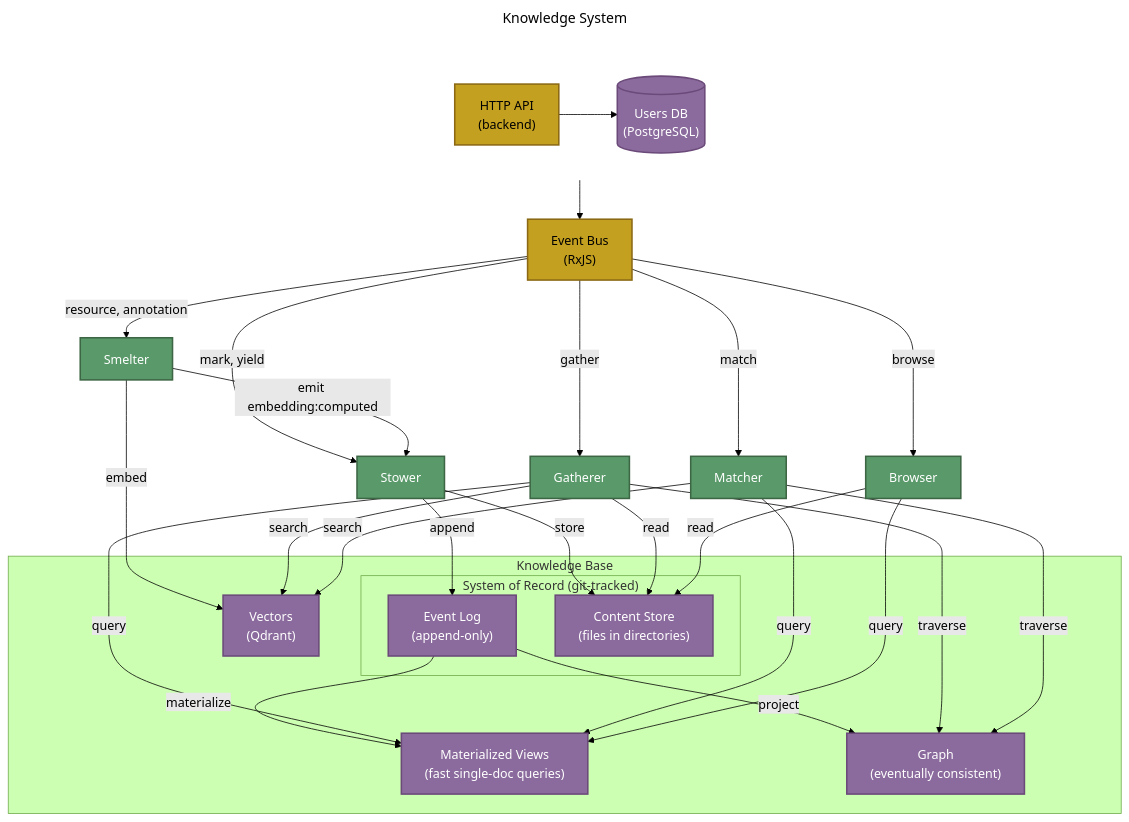
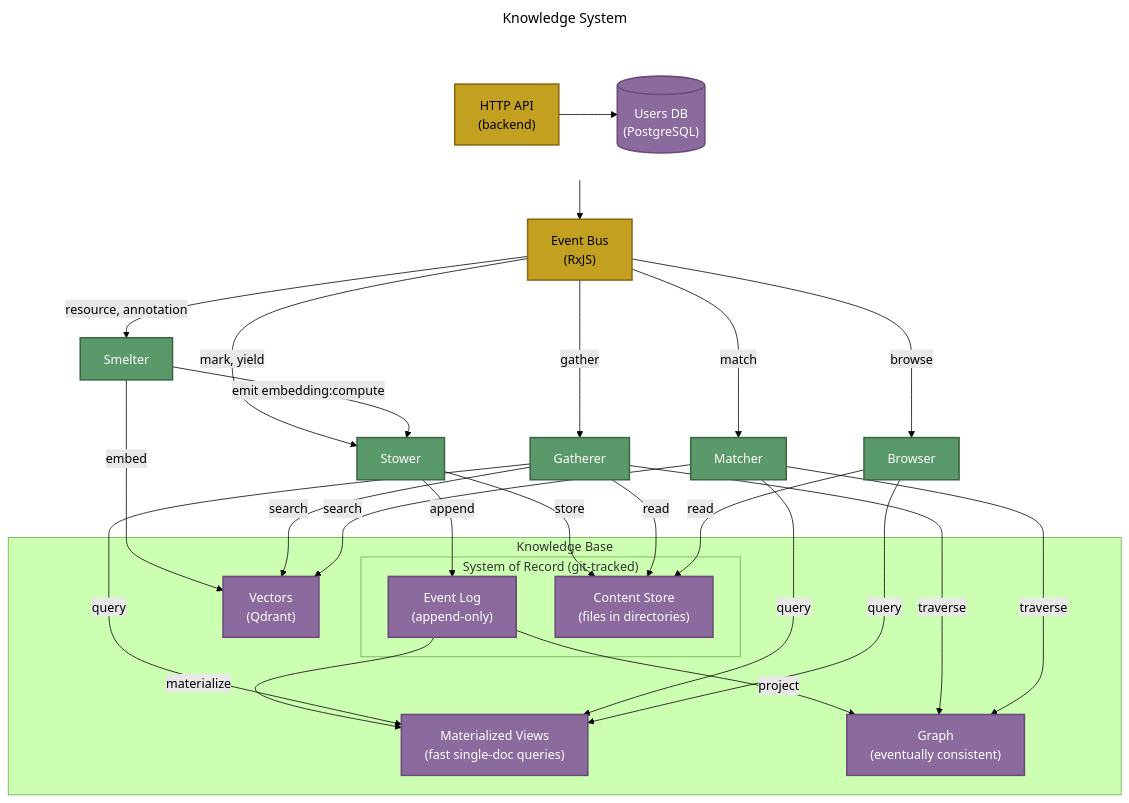
Before and after one commit to The-AI-Alliance/semiont: the third of 3 diagrams in docs/ARCHITECTURE.md, drawn with Mermaid (forest theme). The commit also changed other lines of this file and 251 other files, not shown here.

````diff
--- a/docs/ARCHITECTURE.md
+++ b/docs/ARCHITECTURE.md
@@ -117,62 +117,62 @@
 ```mermaid
 ---
 title: Knowledge System
 ---
 graph TB
     subgraph top [" "]
         direction LR
         API["HTTP API<br/>(backend)"]
         DB[("Users DB<br/>(PostgreSQL)")]
     end
     BE["Event Bus<br/>(RxJS)"]
 
     API --> BE
     API --> DB
 
     BE -->|"mark, yield"| STOWER["Stower"]
     BE -->|"gather"| GATHERER["Gatherer"]
     BE -->|"match"| MATCHER["Matcher"]
     BE -->|"browse"| BROWSER["Browser"]
     BE -->|"resource, annotation"| SMELTER["Smelter"]
 
     STOWER -->|append| EVENTLOG
     STOWER -->|store| CONTENT
 
     SMELTER -->|embed| VECTORS
-    SMELTER -->|"emit embedding:computed"| STOWER
+    SMELTER -->|"emit embedding:compute"| STOWER
 
     subgraph kb ["Knowledge Base"]
         subgraph sor ["System of Record (git-tracked)"]
             EVENTLOG["Event Log<br/>(append-only)"]
             CONTENT["Content Store<br/>(files in directories)"]
         end
         VIEWS["Materialized Views<br/>(fast single-doc queries)"]
         GRAPH["Graph<br/>(eventually consistent)"]
         VECTORS["Vectors<br/>(Qdrant)"]
 
         EVENTLOG -->|materialize| VIEWS
         EVENTLOG -->|project| GRAPH
     end
 
     GATHERER -->|query| VIEWS
     GATHERER -->|read| CONTENT
     GATHERER -->|traverse| GRAPH
     GATHERER -->|search| VECTORS
 
     MATCHER -->|query| VIEWS
     MATCHER -->|traverse| GRAPH
     MATCHER -->|search| VECTORS
 
     BROWSER -->|query| VIEWS
     BROWSER -->|read| CONTENT
 
     classDef backend fill:#c4a020,stroke:#8b6914,stroke-width:2px,color:#000
     classDef store fill:#8b6b9d,stroke:#6b4a7a,stroke-width:2px,color:#fff
     classDef worker fill:#5a9a6a,stroke:#3d6644,stroke-width:2px,color:#fff
 
     class API,BE backend
     class DB,EVENTLOG,VIEWS,CONTENT,GRAPH,VECTORS store
     class STOWER,GATHERER,MATCHER,BROWSER,SMELTER worker
 
     style top fill:none,stroke:none
 ```
````
